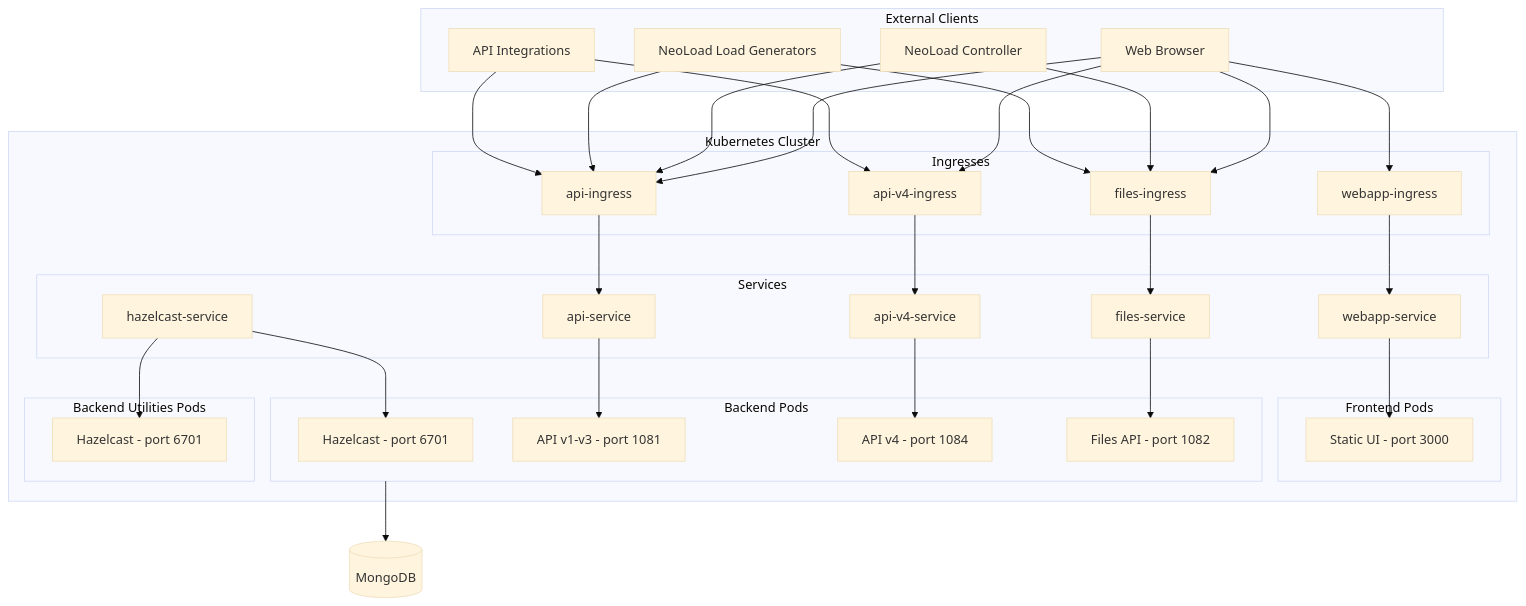
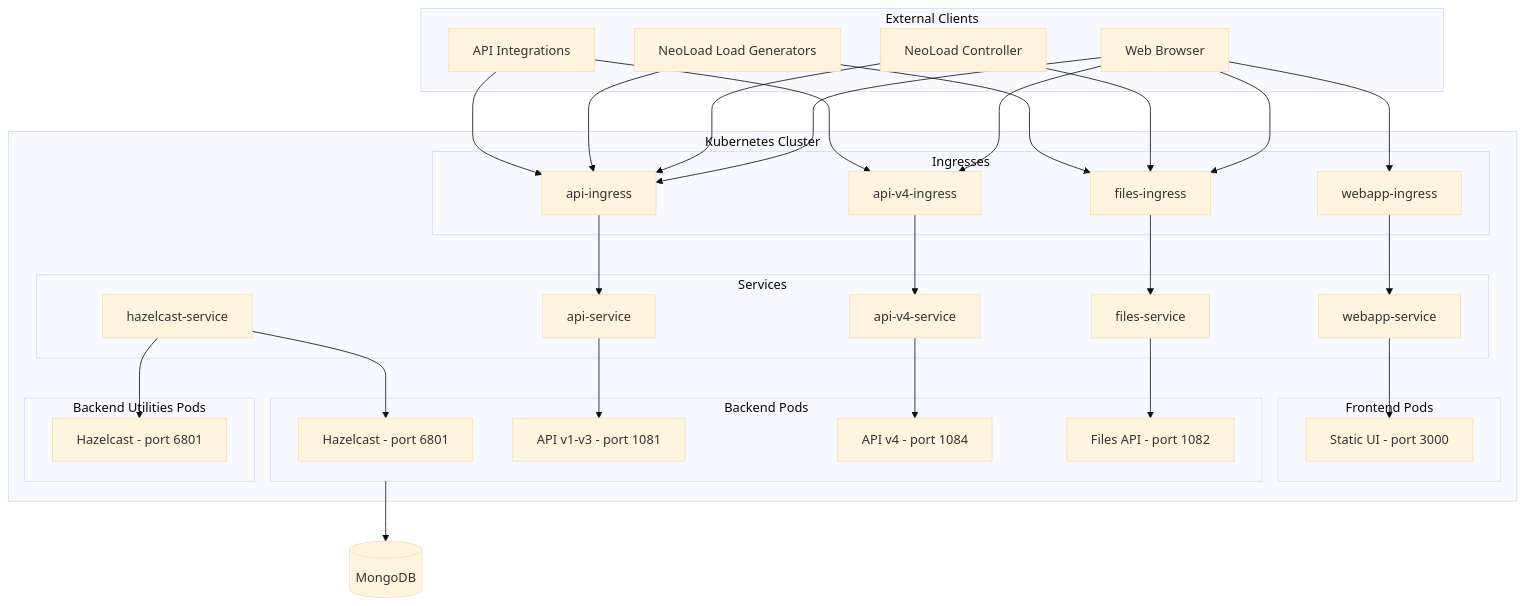
The diagram in README.md (Neotys-Labs/helm-neoload-web), drawn with Mermaid (base theme) before and after one commit. The commit also changed 4 other files, not shown here.

Commit message:
LOAD-36233 - Allow Hazelcast migration by changing the Hazelcast port.

````diff
--- a/README.md
+++ b/README.md
@@ -196,68 +196,68 @@
 ```mermaid
 flowchart TB
     subgraph clients [External Clients]
         browser[Web Browser]
         controller[NeoLoad Controller]
         lg[NeoLoad Load Generators]
         apiclients[API Integrations]
     end
 
     subgraph k8s [Kubernetes Cluster]
         subgraph ingresses [Ingresses]
             ing_webapp[webapp-ingress]
             ing_api[api-ingress]
             ing_apiv4[api-v4-ingress]
             ing_files[files-ingress]
         end
 
         subgraph services [Services]
             svc_webapp[webapp-service]
             svc_api[api-service]
             svc_apiv4[api-v4-service]
             svc_files[files-service]
             svc_hazelcast[hazelcast-service]
         end
 
         subgraph frontend [Frontend Pods]
             fe[Static UI - port 3000]
         end
 
         subgraph backend [Backend Pods]
-            hz1[Hazelcast - port 6701]
+            hz1[Hazelcast - port 6801]
             api[API v1-v3 - port 1081]
             apiv4[API v4 - port 1084]
             files[Files API - port 1082]
         end
 
         subgraph backendutil [Backend Utilities Pods]
-            hz2[Hazelcast - port 6701]
+            hz2[Hazelcast - port 6801]
         end
     end
 
     mongo[(MongoDB)]
 
     browser --> ing_webapp
     browser --> ing_api
     browser --> ing_apiv4
     browser --> ing_files
     controller --> ing_api
     controller --> ing_files
     lg --> ing_api
     lg --> ing_files
     apiclients --> ing_api
     apiclients --> ing_apiv4
 
     ing_webapp --> svc_webapp
     ing_api --> svc_api
     ing_apiv4 --> svc_apiv4
     ing_files --> svc_files
 
     svc_webapp --> fe
     svc_api --> api
     svc_apiv4 --> apiv4
     svc_files --> files
     svc_hazelcast --> hz1
     svc_hazelcast --> hz2
 
     backend --> mongo
 ```
````
